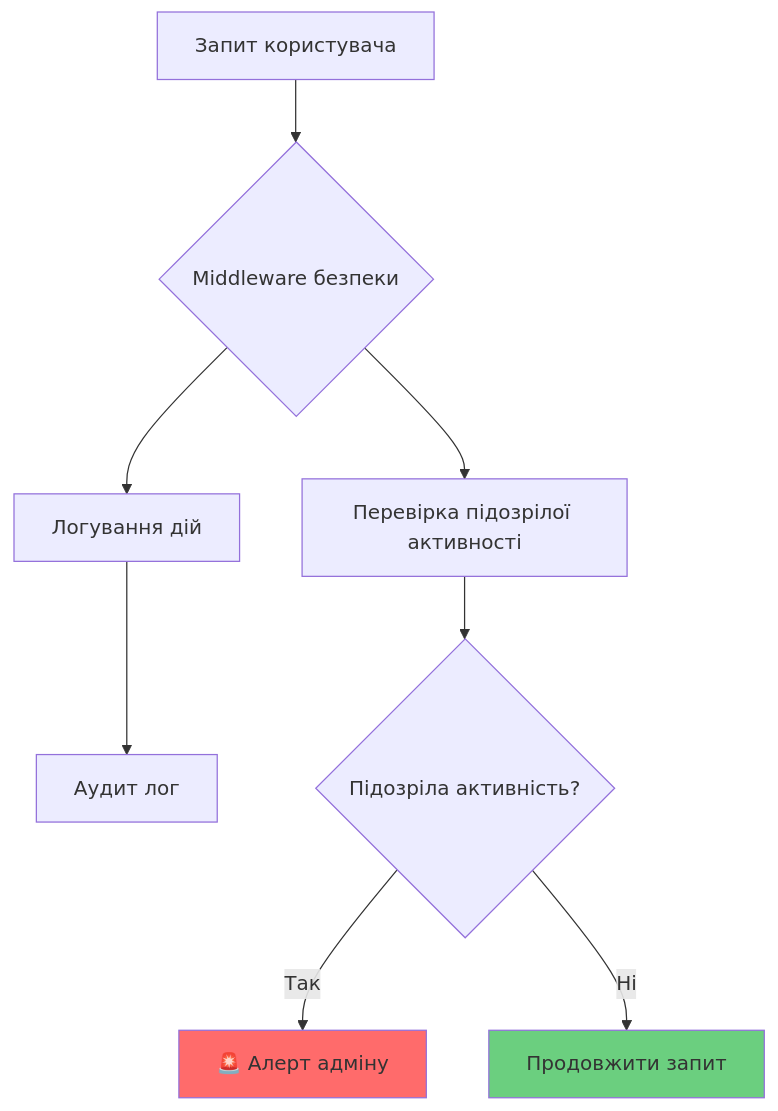
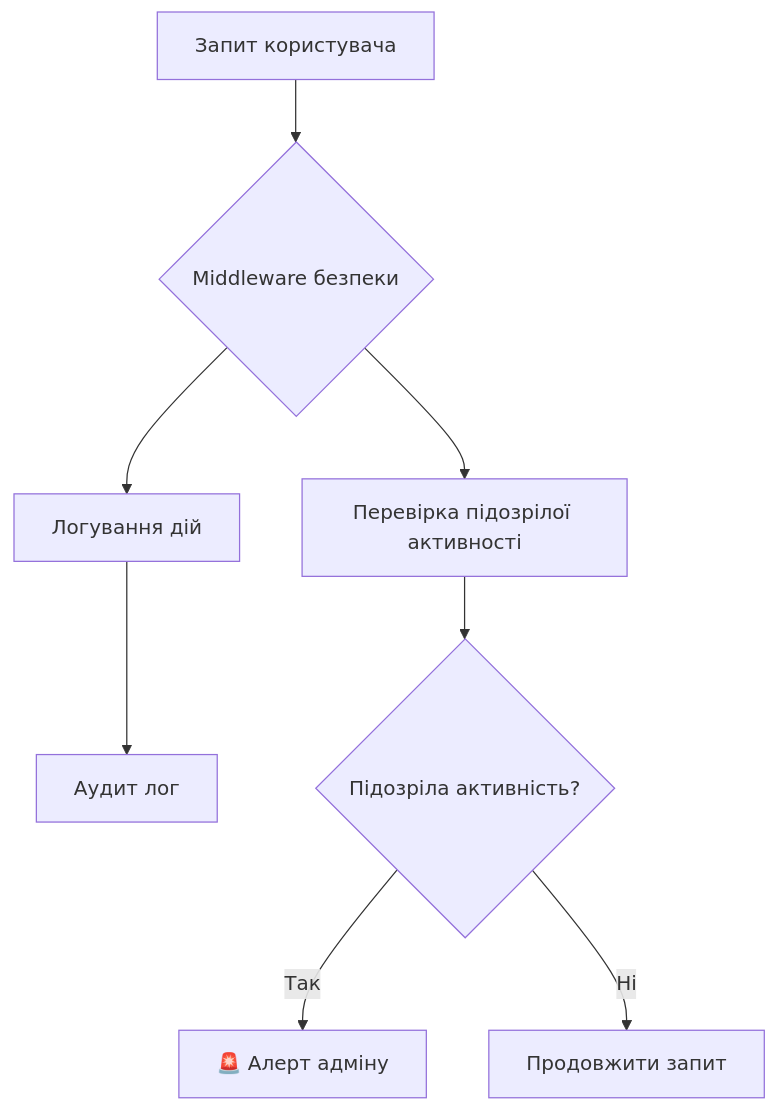
One commit to olroi421/course-web changed the seventh of 8 diagrams in docs/presentations/presentation-07.md. Above: the diagram before and after it, drawn with Mermaid. The commit also changed other lines of this file and 1 other file, not shown here.

````diff
--- a/docs/presentations/presentation-07.md
+++ b/docs/presentations/presentation-07.md
@@ -345,13 +339,12 @@
 ```mermaid
 graph TD
     A[Запит користувача] --> B{Middleware безпеки}
     B --> C[Логування дій]
     B --> D[Перевірка підозрілої активності]
     C --> E[Аудит лог]
     D --> F{Підозріла активність?}
     F -->|Так| G[🚨 Алерт адміну]
     F -->|Ні| H[Продовжити запит]
 
-    style G fill:#ff6b6b
-    style H fill:#6bcf7f
+
 ```
````
